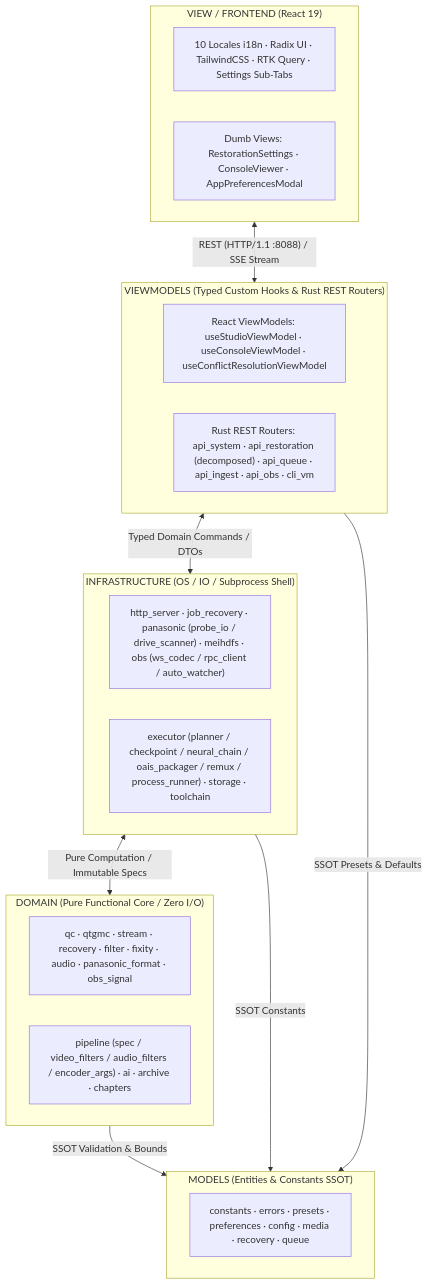
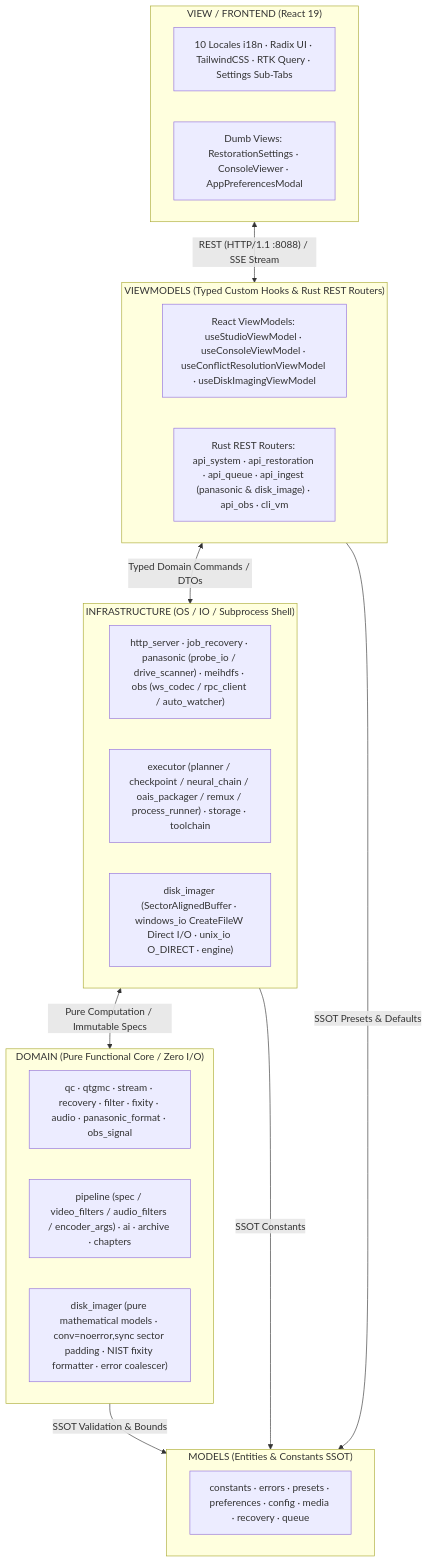
The first of 4 diagrams in docs/ARCHITECTURE.md (orgchrono/vhs-capture-scripts), drawn with Mermaid before and after one commit. The commit also changed 38 other files, not shown here.

Commit message:
feat: add cross-platform release workflow and native disk imaging pipeline

````diff
--- a/docs/ARCHITECTURE.md
+++ b/docs/ARCHITECTURE.md
@@ -32,33 +32,35 @@
 ```mermaid
 graph TD
     subgraph VIEW["VIEW / FRONTEND (React 19)"]
         V1["10 Locales i18n · Radix UI · TailwindCSS · RTK Query · Settings Sub-Tabs"]
         V2["Dumb Views: RestorationSettings · ConsoleViewer · AppPreferencesModal"]
     end
 
     subgraph VIEWMODELS["VIEWMODELS (Typed Custom Hooks & Rust REST Routers)"]
-        VM1["React ViewModels: useStudioViewModel · useConsoleViewModel · useConflictResolutionViewModel"]
-        VM2["Rust REST Routers: api_system · api_restoration (decomposed) · api_queue · api_ingest · api_obs · cli_vm"]
+        VM1["React ViewModels: useStudioViewModel · useConsoleViewModel · useConflictResolutionViewModel · useDiskImagingViewModel"]
+        VM2["Rust REST Routers: api_system · api_restoration · api_queue · api_ingest (panasonic & disk_image) · api_obs · cli_vm"]
     end
 
     subgraph INFRASTRUCTURE["INFRASTRUCTURE (OS / IO / Subprocess Shell)"]
         INF1["http_server · job_recovery · panasonic (probe_io / drive_scanner) · meihdfs · obs (ws_codec / rpc_client / auto_watcher)"]
         INF2["executor (planner / checkpoint / neural_chain / oais_packager / remux / process_runner) · storage · toolchain"]
+        INF3["disk_imager (SectorAlignedBuffer · windows_io CreateFileW Direct I/O · unix_io O_DIRECT · engine)"]
     end
 
     subgraph DOMAIN["DOMAIN (Pure Functional Core / Zero I/O)"]
         DOM1["qc · qtgmc · stream · recovery · filter · fixity · audio · panasonic_format · obs_signal"]
         DOM2["pipeline (spec / video_filters / audio_filters / encoder_args) · ai · archive · chapters"]
+        DOM3["disk_imager (pure mathematical models · conv=noerror,sync sector padding · NIST fixity formatter · error coalescer)"]
     end
 
     subgraph MODELS["MODELS (Entities & Constants SSOT)"]
         MOD1["constants · errors · presets · preferences · config · media · recovery · queue"]
     end
 
     VIEW <-->|"REST (HTTP/1.1 :8088) / SSE Stream"| VIEWMODELS
     VIEWMODELS <-->|"Typed Domain Commands / DTOs"| INFRASTRUCTURE
     INFRASTRUCTURE <-->|"Pure Computation / Immutable Specs"| DOMAIN
     DOMAIN -->|"SSOT Validation & Bounds"| MODELS
     INFRASTRUCTURE -->|"SSOT Constants"| MODELS
     VIEWMODELS -->|"SSOT Presets & Defaults"| MODELS
 ```
````
